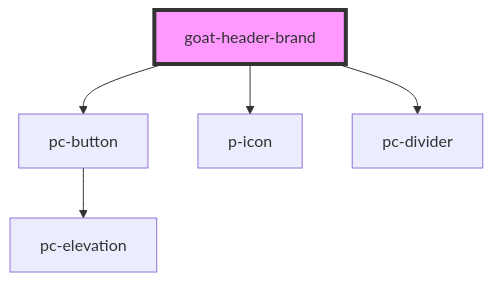
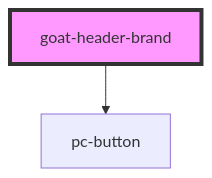
One commit to redvars/peacock changed the diagram in src/components/application/header/header-brand/readme.md. Above: the diagram before and after it, drawn with Mermaid. The commit also changed other lines of this file and 135 other files, not shown here.

````diff
--- a/src/components/application/header/header-brand/readme.md
+++ b/src/components/application/header/header-brand/readme.md
@@ -46,8 +44,5 @@
 ```mermaid
 graph TD;
   goat-header-brand --> pc-button
-  goat-header-brand --> p-icon
-  goat-header-brand --> pc-divider
-  pc-button --> pc-elevation
   style goat-header-brand fill:#f9f,stroke:#333,stroke-width:4px
 ```
````
